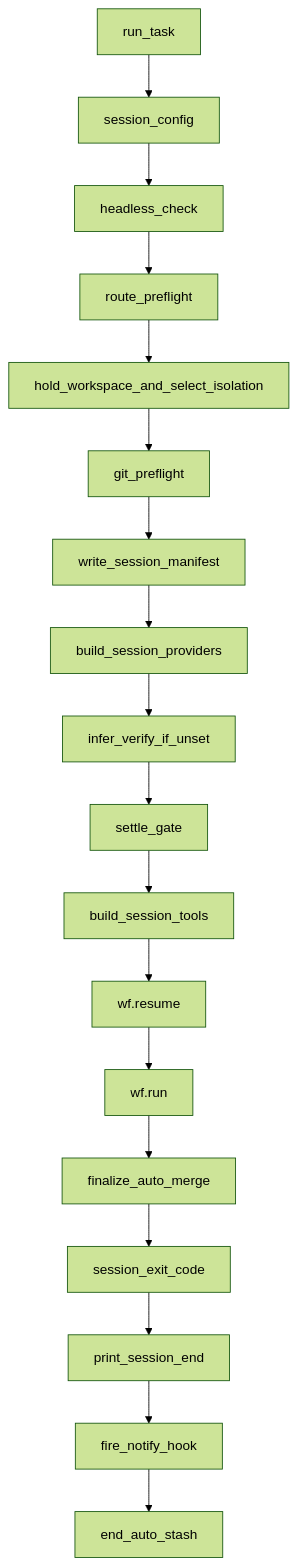
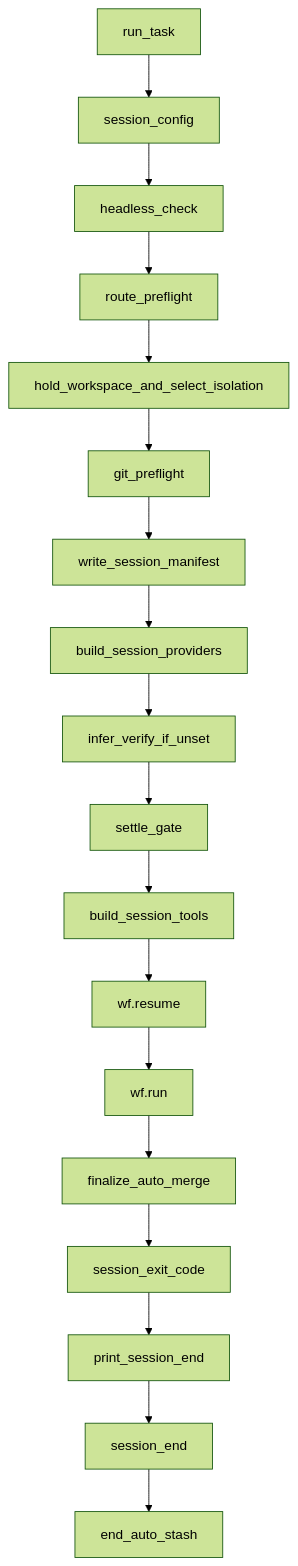
Before and after one commit to agent6-dev/agent6: the second of 6 diagrams in docs/architecture.md, drawn with Mermaid (forest theme). The commit also changed 20 other files, not shown here.

First line of the commit message:
feat(config): one notify hook, [notify].on_event, for a session's end and a machine's events

````diff
--- a/docs/architecture.md
+++ b/docs/architecture.md
@@ -86,38 +86,38 @@
 ```mermaid
 graph TD
     n_run_task["run_task"]
     n_session_config["session_config"]
     n_headless_check["headless_check"]
     n_route_preflight["route_preflight"]
     n_hold_workspace_and_select_isolation["hold_workspace_and_select_isolation"]
     n_git_preflight["git_preflight"]
     n_write_session_manifest["write_session_manifest"]
     n_build_session_providers["build_session_providers"]
     n_infer_verify_if_unset["infer_verify_if_unset"]
     n_settle_gate["settle_gate"]
     n_build_session_tools["build_session_tools"]
     n_wf_resume["wf.resume"]
     n_wf_run["wf.run"]
     n_finalize_auto_merge["finalize_auto_merge"]
     n_session_exit_code["session_exit_code"]
     n_print_session_end["print_session_end"]
-    n_fire_notify_hook["fire_notify_hook"]
+    n_session_end["session_end"]
     n_end_auto_stash["end_auto_stash"]
     n_run_task --> n_session_config
     n_session_config --> n_headless_check
     n_headless_check --> n_route_preflight
     n_route_preflight --> n_hold_workspace_and_select_isolation
     n_hold_workspace_and_select_isolation --> n_git_preflight
     n_git_preflight --> n_write_session_manifest
     n_write_session_manifest --> n_build_session_providers
     n_build_session_providers --> n_infer_verify_if_unset
     n_infer_verify_if_unset --> n_settle_gate
     n_settle_gate --> n_build_session_tools
     n_build_session_tools --> n_wf_resume
     n_wf_resume --> n_wf_run
     n_wf_run --> n_finalize_auto_merge
     n_finalize_auto_merge --> n_session_exit_code
     n_session_exit_code --> n_print_session_end
-    n_print_session_end --> n_fire_notify_hook
-    n_fire_notify_hook --> n_end_auto_stash
+    n_print_session_end --> n_session_end
+    n_session_end --> n_end_auto_stash
 ```
````
